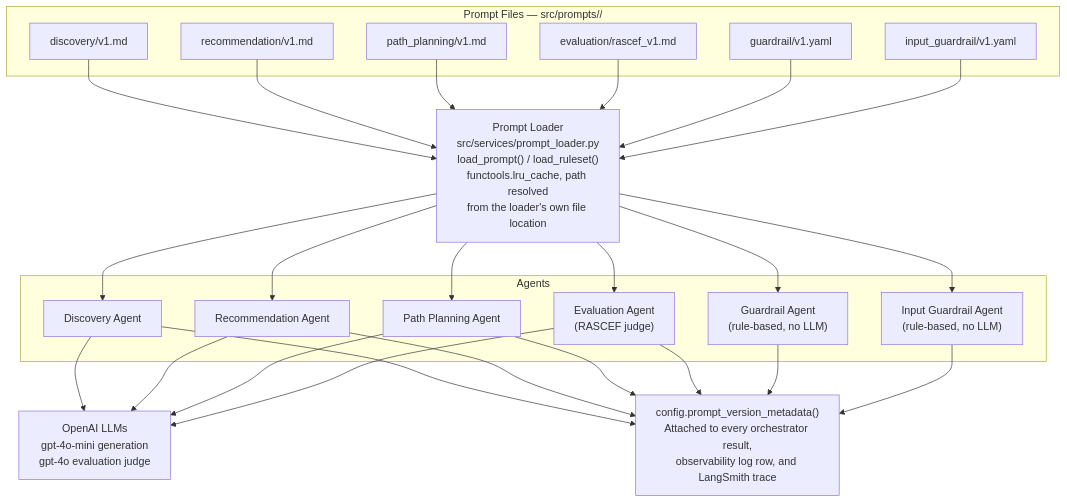
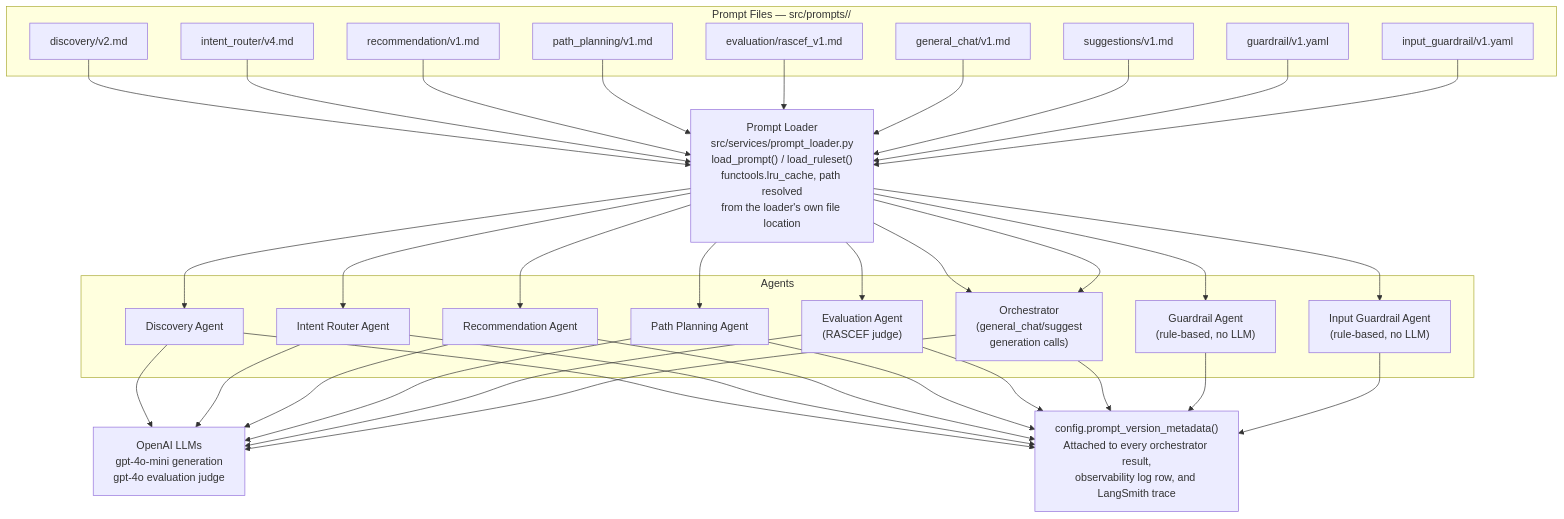
The seventh of 7 diagrams in docs/08_Diagrams.md (a-koder/pathfinder-ai), drawn with Mermaid before and after one commit. The commit also changed other lines of this file and 3 other files, not shown here.

First line of the commit message:
Fix stale documentation across diagrams, agent contracts, README, and architecture docs

````diff
--- a/docs/08_Diagrams.md
+++ b/docs/08_Diagrams.md
@@ -325,29 +343,37 @@
 ```mermaid
 flowchart TD
     subgraph Files ["Prompt Files — src/prompts/<category>/<version>"]
-        F1["discovery/v1.md"]
-        F2["recommendation/v1.md"]
-        F3["path_planning/v1.md"]
-        F4["evaluation/rascef_v1.md"]
-        F5["guardrail/v1.yaml"]
-        F6["input_guardrail/v1.yaml"]
+        F1["discovery/v2.md"]
+        F2["intent_router/v4.md"]
+        F3["recommendation/v1.md"]
+        F4["path_planning/v1.md"]
+        F5["evaluation/rascef_v1.md"]
+        F6["general_chat/v1.md"]
+        F7["suggestions/v1.md"]
+        F8["guardrail/v1.yaml"]
+        F9["input_guardrail/v1.yaml"]
     end
     LOADER["Prompt Loader\nsrc/services/prompt_loader.py\nload_prompt() / load_ruleset()\nfunctools.lru_cache, path resolved\nfrom the loader's own file location"]
     subgraph Agents ["Agents"]
         A1["Discovery Agent"]
-        A2["Recommendation Agent"]
-        A3["Path Planning Agent"]
-        A4["Evaluation Agent\n(RASCEF judge)"]
-        A5["Guardrail Agent\n(rule-based, no LLM)"]
-        A6["Input Guardrail Agent\n(rule-based, no LLM)"]
+        A2["Intent Router Agent"]
+        A3["Recommendation Agent"]
+        A4["Path Planning Agent"]
+        A5["Evaluation Agent\n(RASCEF judge)"]
+        A6["Orchestrator\n(general_chat/suggest\ngeneration calls)"]
+        A7["Guardrail Agent\n(rule-based, no LLM)"]
+        A8["Input Guardrail Agent\n(rule-based, no LLM)"]
     end
     LLM["OpenAI LLMs\ngpt-4o-mini generation\ngpt-4o evaluation judge"]
     META["config.prompt_version_metadata()\nAttached to every orchestrator result,\nobservability log row, and LangSmith trace"]
     F1 --> LOADER --> A1 --> LLM
     F2 --> LOADER --> A2 --> LLM
     F3 --> LOADER --> A3 --> LLM
     F4 --> LOADER --> A4 --> LLM
-    F5 --> LOADER --> A5
-    F6 --> LOADER --> A6
-    A1 & A2 & A3 & A4 & A5 & A6 --> META
+    F5 --> LOADER --> A5 --> LLM
+    F6 --> LOADER --> A6 --> LLM
+    F7 --> LOADER --> A6
+    F8 --> LOADER --> A7
+    F9 --> LOADER --> A8
+    A1 & A2 & A3 & A4 & A5 & A6 & A7 & A8 --> META
 ```
````
